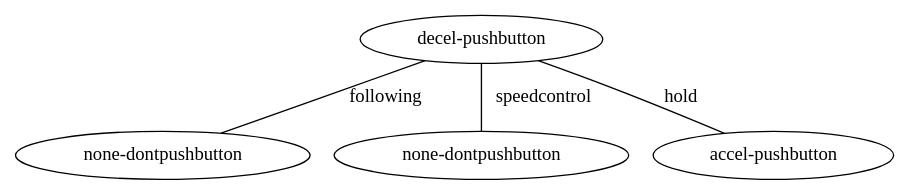
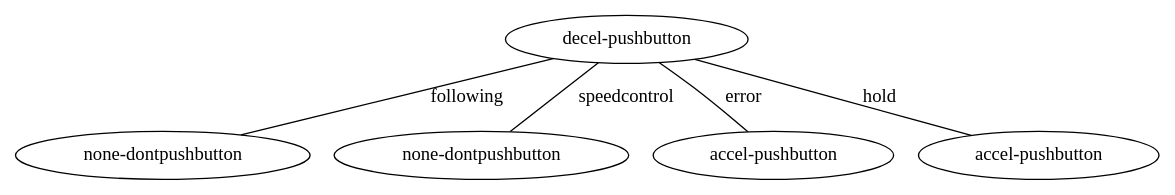
One commit to AlyssaLytle/DecPOMDP_Suite changed the diagram in MADPtools/htree.dot. Above: the diagram before and after it, drawn with Graphviz. The commit also changed 36 other files, not shown here.

```diff
--- a/MADPtools/htree.dot
+++ b/MADPtools/htree.dot
@@ -1,10 +1,12 @@
 digraph human_tree {
 edge [dir=none];
 node0 [ label = "decel-pushbutton" ];
 node1 [ label = "none-dontpushbutton" ];
 node2 [ label = "none-dontpushbutton" ];
 node3 [ label = "accel-pushbutton" ];
+node4 [ label = "accel-pushbutton" ];
 node0 -> node1 [label="following"];
 node0 -> node2 [label="speedcontrol"];
-node0 -> node3 [label="hold"];
+node0 -> node3 [label="error"];
+node0 -> node4 [label="hold"];
 }
```
